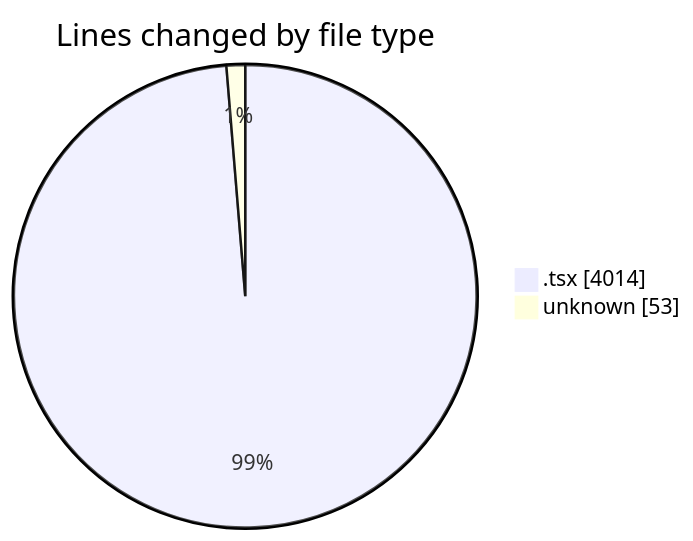
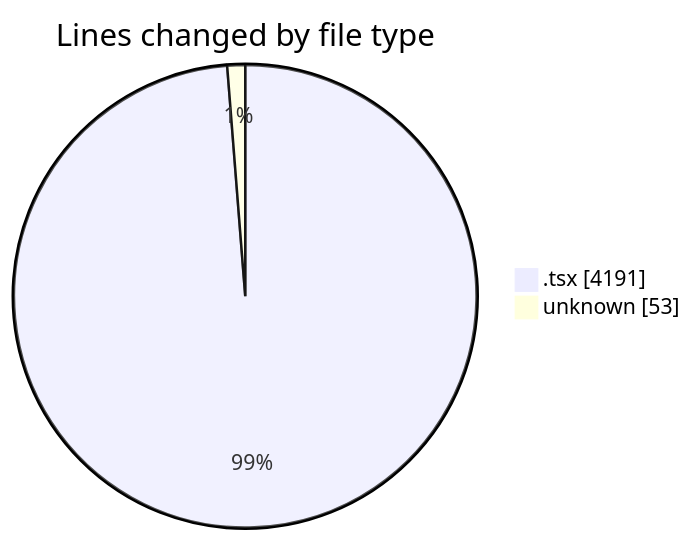
Before and after one commit to JenPaints/code-tracking: the first of 2 diagrams in 2025-05-29/kimberly-groups/README.md, drawn with Mermaid. The commit also changed other lines of this file and 1 other file, not shown here.

````diff
--- a/2025-05-29/kimberly-groups/README.md
+++ b/2025-05-29/kimberly-groups/README.md
@@ -29,6 +29,6 @@
 ```mermaid
 pie showData
 title Lines changed by file type
-".tsx" : 4014
+".tsx" : 4191
 "unknown" : 53
 ```
````
